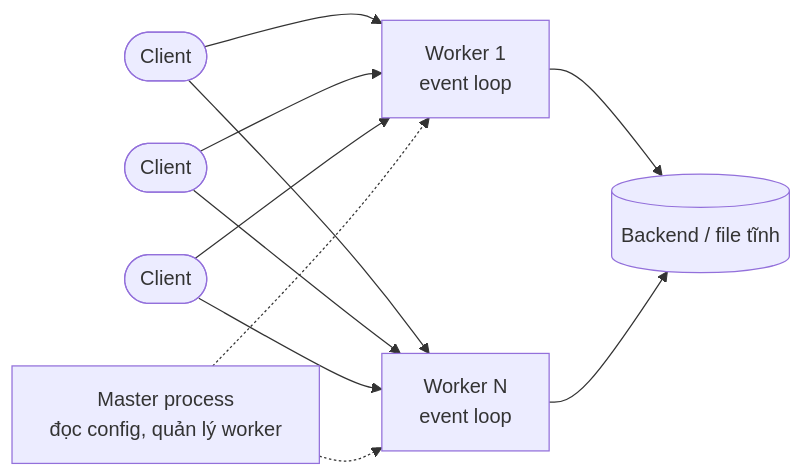
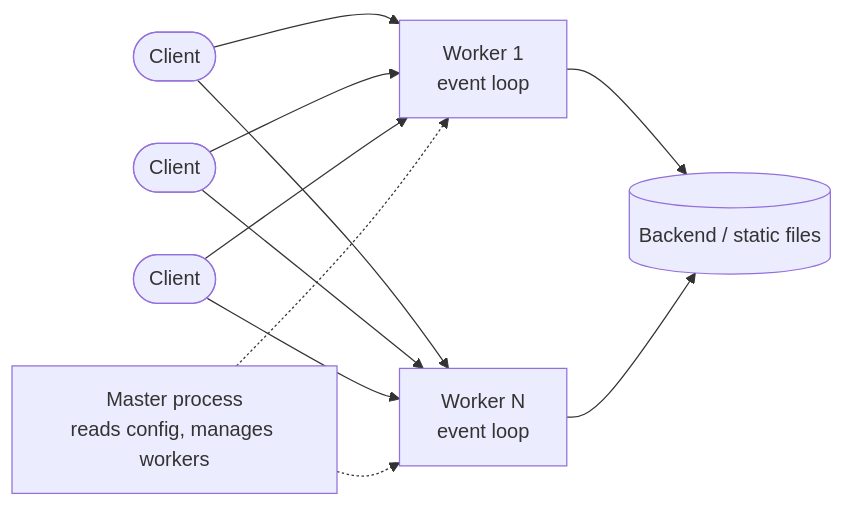
The diagram in docs/devops/web-servers/nginx.mdx (sunflynf/web-notes), drawn with Mermaid before and after one commit. The commit also changed other lines of this file and 33 other files, not shown here.

````diff
--- a/docs/devops/web-servers/nginx.mdx
+++ b/docs/devops/web-servers/nginx.mdx
@@ -29,7 +29,7 @@
 ```mermaid
 flowchart LR
   C1([Client]) & C2([Client]) & C3([Client]) --> W1 & W2
-  M[Master process<br/>đọc config, quản lý worker] -.-> W1[Worker 1<br/>event loop]
+  M[Master process<br/>reads config, manages workers] -.-> W1[Worker 1<br/>event loop]
   M -.-> W2[Worker N<br/>event loop]
-  W1 & W2 --> B[(Backend / file tĩnh)]
+  W1 & W2 --> B[(Backend / static files)]
 ```
````
